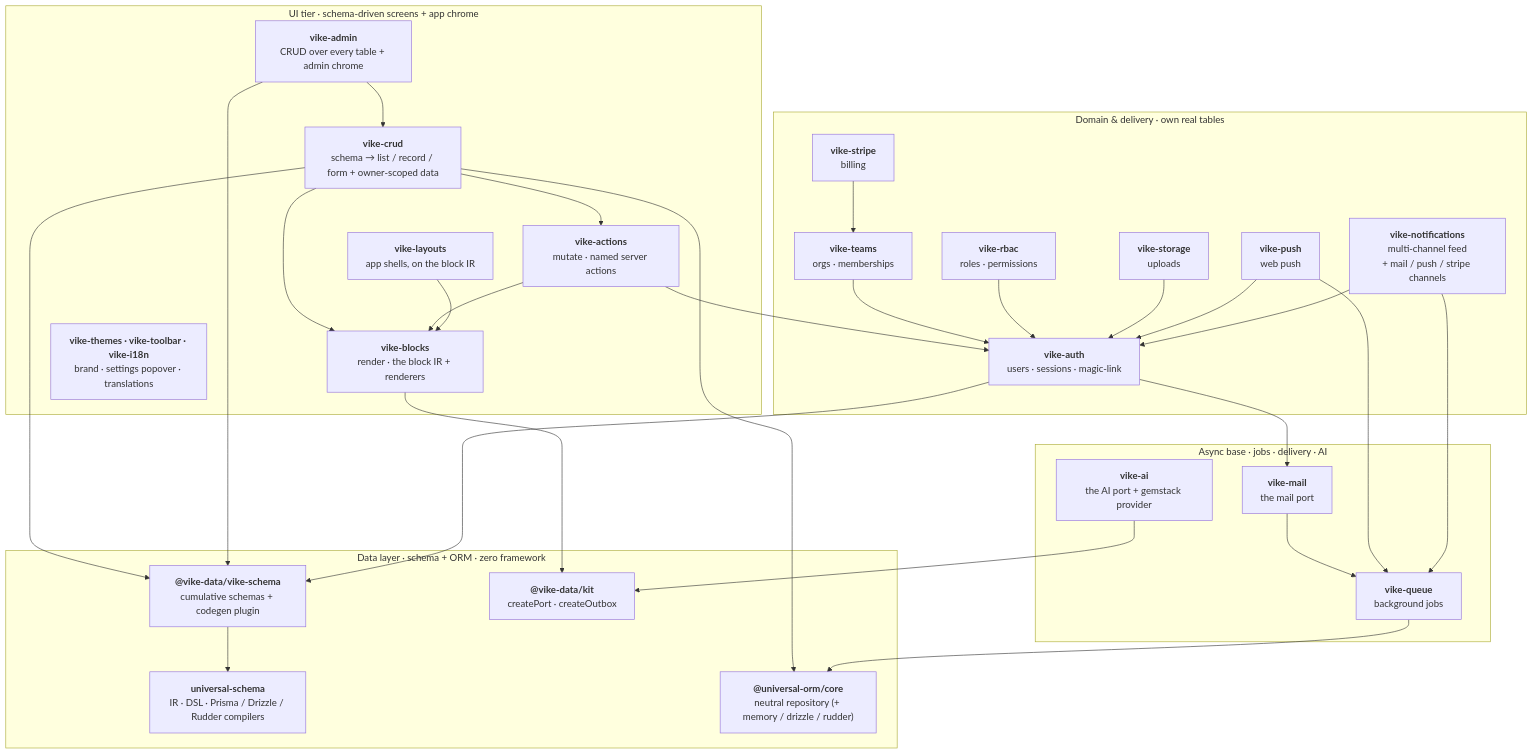
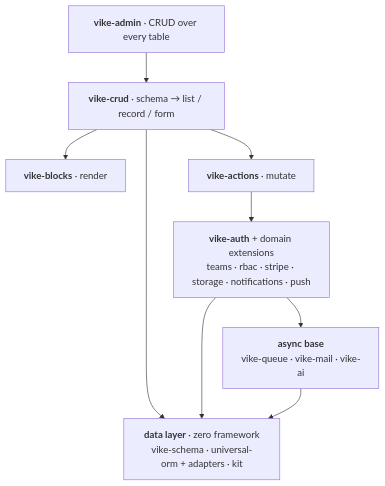
The diagram in README.md (suleimansh/vike-data), drawn with Mermaid before and after one commit. The commit also changed other lines of this file, not shown here.

Commit message:
docs: simplify the package family diagram
The four-subgraph version read as dense. Collapse it to a flat 7-node graph:
keep the UI substrate spine explicit (admin -> crud -> blocks/actions, the
load-bearing recent work), fold the domain / async / data layers into one box
each, and cut the cross-layer edges from ~11 to 4. Prose trimmed to two bullets.

````diff
--- a/README.md
+++ b/README.md
@@ -96,60 +96,19 @@
 ```mermaid
 graph TD
-    subgraph ui["UI tier · schema-driven screens + app chrome"]
-        admin["<b>vike-admin</b><br/>CRUD over every table + admin chrome"]
-        crud["<b>vike-crud</b><br/>schema → list / record / form + owner-scoped data"]
-        blocks["<b>vike-blocks</b><br/>render · the block IR + renderers"]
-        actions["<b>vike-actions</b><br/>mutate · named server actions"]
-        layouts["<b>vike-layouts</b><br/>app shells, on the block IR"]
-        chrome["<b>vike-themes · vike-toolbar · vike-i18n</b><br/>brand · settings popover · translations"]
-        admin --> crud
-        crud --> blocks
-        crud --> actions
-        actions --> blocks
-        layouts --> blocks
-    end
+    admin["<b>vike-admin</b> · CRUD over every table"]
+    crud["<b>vike-crud</b> · schema → list / record / form"]
+    blocks["<b>vike-blocks</b> · render"]
+    actions["<b>vike-actions</b> · mutate"]
+    domain["<b>vike-auth</b> + domain extensions<br/>teams · rbac · stripe · storage · notifications · push"]
+    async["<b>async base</b><br/>vike-queue · vike-mail · vike-ai"]
+    dataL["<b>data layer</b> · zero framework<br/>vike-schema · universal-orm + adapters · kit"]
 
-    subgraph domain["Domain & delivery · own real tables"]
-        auth["<b>vike-auth</b><br/>users · sessions · magic-link"]
-        teams["<b>vike-teams</b><br/>orgs · memberships"]
-        rbac["<b>vike-rbac</b><br/>roles · permissions"]
-        stripe["<b>vike-stripe</b><br/>billing"]
-        storage["<b>vike-storage</b><br/>uploads"]
-        push["<b>vike-push</b><br/>web push"]
-        notif["<b>vike-notifications</b><br/>multi-channel feed<br/>+ mail / push / stripe channels"]
-        teams --> auth
-        rbac --> auth
-        storage --> auth
-        push --> auth
-        notif --> auth
-        stripe --> teams
-    end
-
-    subgraph async["Async base · jobs · delivery · AI"]
-        queue["<b>vike-queue</b><br/>background jobs"]
-        mail["<b>vike-mail</b><br/>the mail port"]
-        ai["<b>vike-ai</b><br/>the AI port + gemstack provider"]
-        mail --> queue
-    end
-
-    subgraph data["Data layer · schema + ORM · zero framework"]
-        vschema["<b>@vike-data/vike-schema</b><br/>cumulative schemas + codegen plugin"]
-        uschema["<b>universal-schema</b><br/>IR · DSL · Prisma / Drizzle / Rudder compilers"]
-        orm["<b>@universal-orm/core</b><br/>neutral repository (+ memory / drizzle / rudder)"]
-        kit["<b>@vike-data/kit</b><br/>createPort · createOutbox"]
-        vschema --> uschema
-    end
-
-    %% cross-layer edges — every arrow points to a lower layer
-    actions --> auth
-    crud --> orm
-    crud --> vschema
-    admin --> vschema
-    blocks --> kit
-    auth --> vschema
-    auth --> mail
-    push --> queue
-    notif --> queue
-    queue --> orm
-    ai --> kit
+    admin --> crud
+    crud --> blocks
+    crud --> actions
+    actions --> domain
+    crud --> dataL
+    domain --> async
+    domain --> dataL
+    async --> dataL
 ```
````
